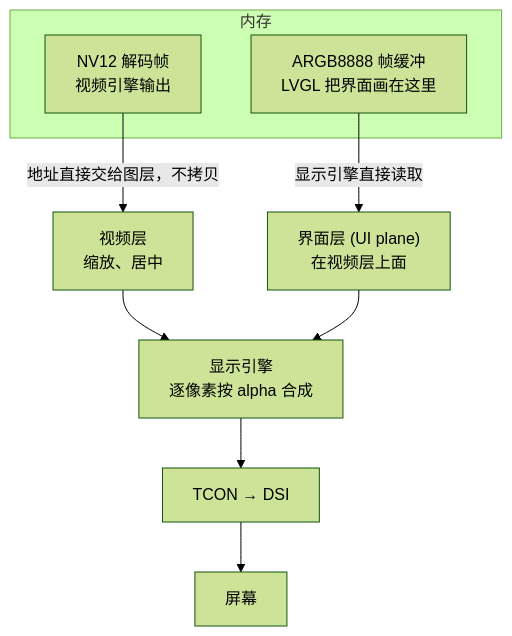
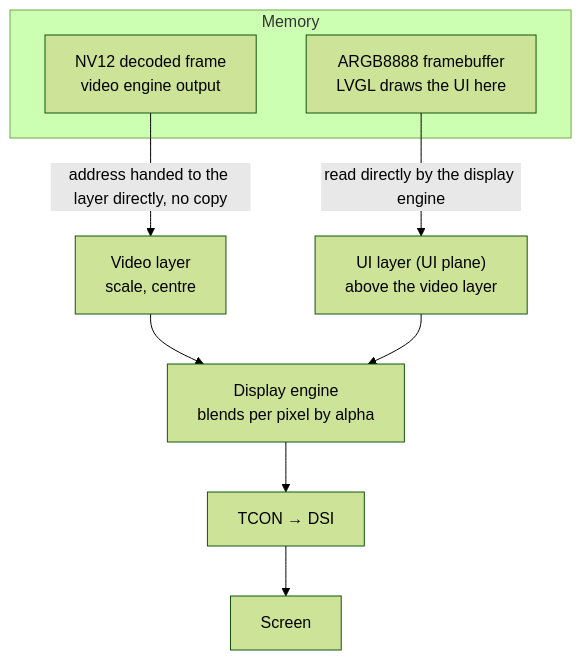
One commit to YuzukiHD/YuzukiNeko changed the third of 3 diagrams in docs/src/content/docs/dev/zephyr/apps/mp4-player.md. Above: the diagram before and after it, drawn with Mermaid (forest theme). The commit also changed other lines of this file and 216 other files, not shown here.

````diff
--- a/docs/src/content/docs/dev/zephyr/apps/mp4-player.md
+++ b/docs/src/content/docs/dev/zephyr/apps/mp4-player.md
@@ -706,12 +739,12 @@
 ```mermaid
 flowchart TB
-    subgraph MEM["内存"]
-        YUV["NV12 解码帧<br/>视频引擎输出"]
-        FB["ARGB8888 帧缓冲<br/>LVGL 把界面画在这里"]
+    subgraph MEM["Memory"]
+        YUV["NV12 decoded frame<br/>video engine output"]
+        FB["ARGB8888 framebuffer<br/>LVGL draws the UI here"]
     end
-    YUV -->|"地址直接交给图层，不拷贝"| VP["视频层<br/>缩放、居中"]
-    FB -->|"显示引擎直接读取"| UP["界面层 (UI plane)<br/>在视频层上面"]
-    VP --> DE["显示引擎<br/>逐像素按 alpha 合成"]
+    YUV -->|"address handed to the layer directly, no copy"| VP["Video layer<br/>scale, centre"]
+    FB -->|"read directly by the display engine"| UP["UI layer (UI plane)<br/>above the video layer"]
+    VP --> DE["Display engine<br/>blends per pixel by alpha"]
     UP --> DE
-    DE --> TCON["TCON → DSI"] --> PANEL["屏幕"]
+    DE --> TCON["TCON → DSI"] --> PANEL["Screen"]
 ```
````
